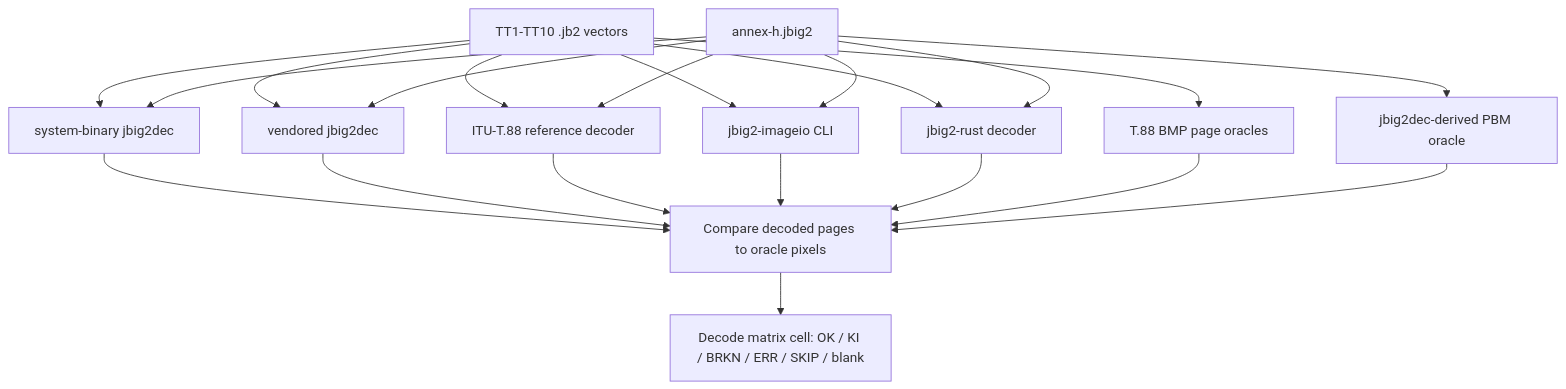
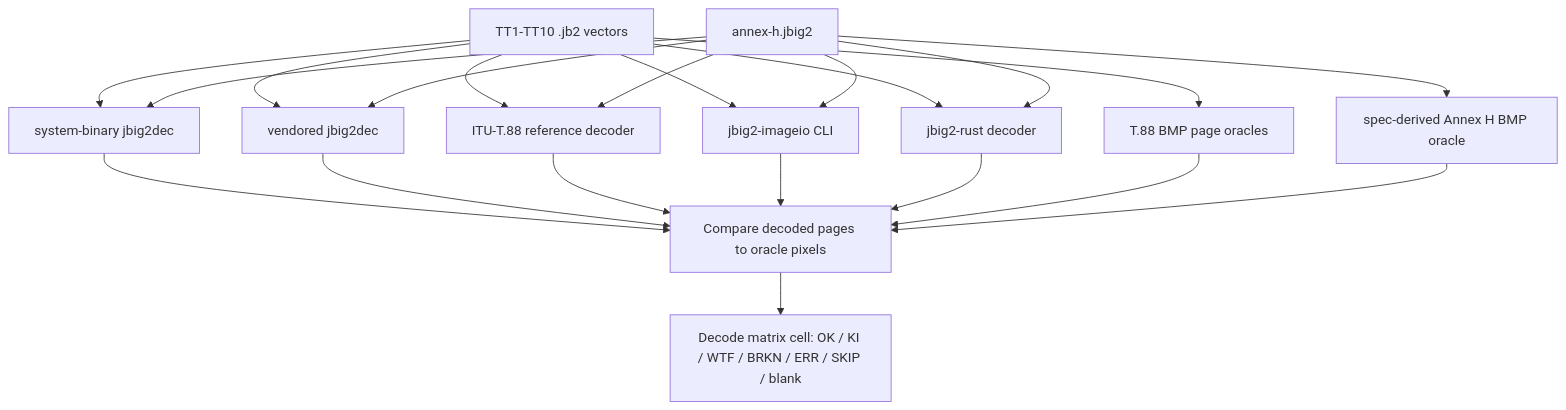
The diagram in docs/conformance-matrix-decode-audit.md (jmole/jbig2-rust), drawn with Mermaid before and after one commit. The commit also changed other lines of this file and 3 other files, not shown here.

First line of the commit message:
Add WTF (upstream Won't Fix) category to conformance matrix

````diff
--- a/docs/conformance-matrix-decode-audit.md
+++ b/docs/conformance-matrix-decode-audit.md
@@ -140,27 +158,27 @@
 ```mermaid
 flowchart TD
     tt["TT1-TT10 .jb2 vectors"] --> expected["T.88 BMP page oracles"]
-    annex["annex-h.jbig2"] --> annexOracle["jbig2dec-derived PBM oracle"]
+    annex["annex-h.jbig2"] --> annexOracle["spec-derived Annex H BMP oracle"]
 
     tt --> sysDec["system-binary jbig2dec"]
     tt --> vendDec["vendored jbig2dec"]
     tt --> t88Dec["ITU-T.88 reference decoder"]
     tt --> javaDec["jbig2-imageio CLI"]
     tt --> rustDec["jbig2-rust decoder"]
 
     annex --> sysDec
     annex --> vendDec
     annex --> t88Dec
     annex --> javaDec
     annex --> rustDec
 
     sysDec --> compare["Compare decoded pages to oracle pixels"]
     vendDec --> compare
     t88Dec --> compare
     javaDec --> compare
     rustDec --> compare
 
     expected --> compare
     annexOracle --> compare
-    compare --> decodeCell["Decode matrix cell: OK / KI / BRKN / ERR / SKIP / blank"]
+    compare --> decodeCell["Decode matrix cell: OK / KI / WTF / BRKN / ERR / SKIP / blank"]
 ```
````
